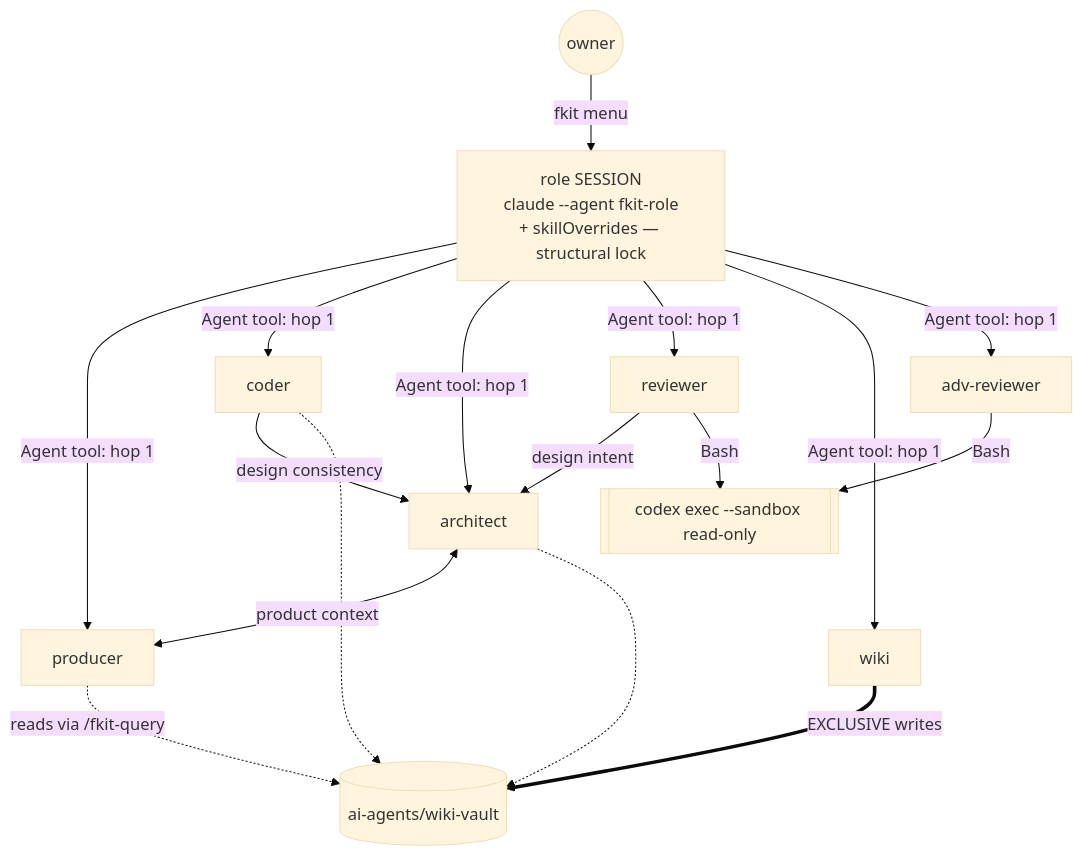
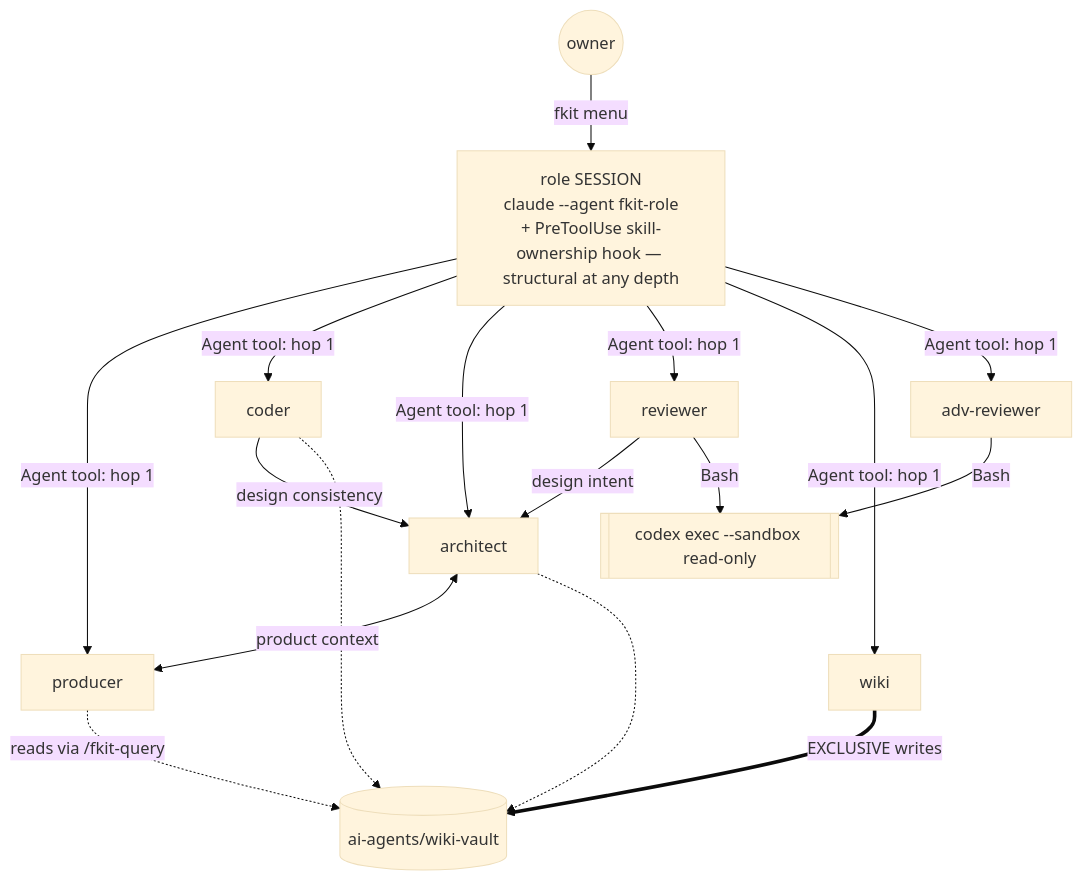
The diagram in ai-agents/knowledge-base/architecture.md (flashist/fkit), drawn with Mermaid (base theme) before and after one commit. The commit also changed other lines of this file and 12 other files, not shown here.

````diff
--- a/ai-agents/knowledge-base/architecture.md
+++ b/ai-agents/knowledge-base/architecture.md
@@ -253,14 +262,14 @@
 ```mermaid
 flowchart TB
-  O((owner)) -->|fkit menu| S["role SESSION<br/>claude --agent fkit-role<br/>+ skillOverrides — structural lock"]
+  O((owner)) -->|fkit menu| S["role SESSION<br/>claude --agent fkit-role<br/>+ PreToolUse skill-ownership hook — structural at any depth"]
   S -->|Agent tool: hop 1| P[producer] & C[coder] & A[architect] & R[reviewer] & W[wiki] & AR[adv-reviewer]
   A <-->|product context| P
   C -->|design consistency| A
   R -->|design intent| A
   R -->|Bash| X[["codex exec --sandbox read-only"]]
   AR -->|Bash| X
   W ==>|EXCLUSIVE writes| V[(ai-agents/wiki-vault)]
   P -.->|reads via /fkit-query| V
   C -.-> V
   A -.-> V
 ```
````
